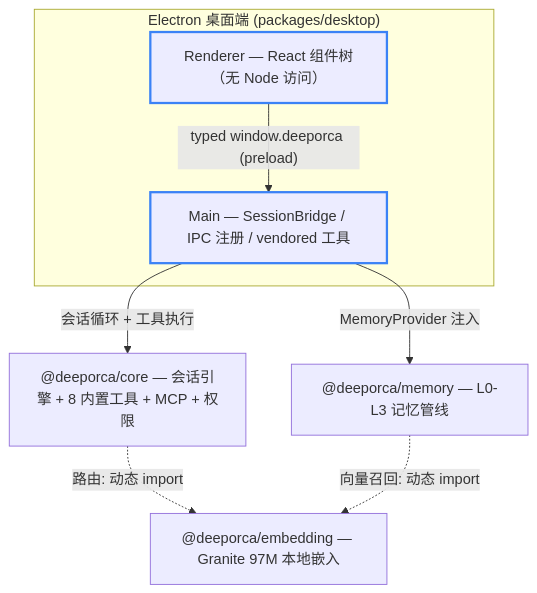
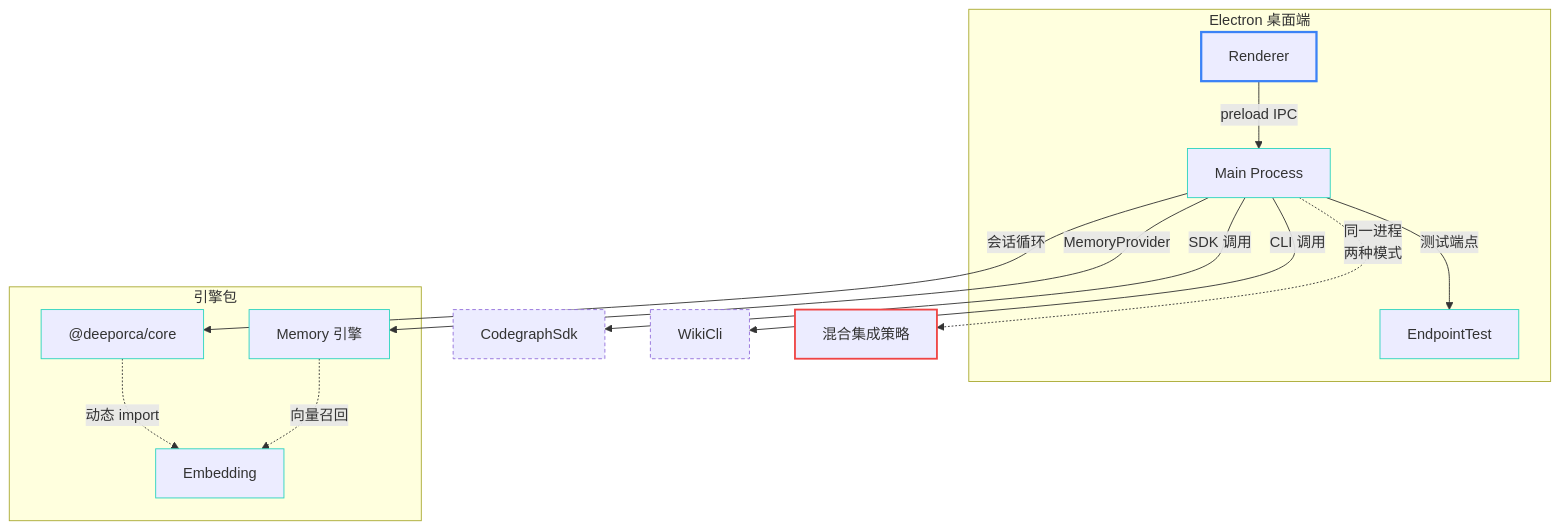
The first of 3 diagrams in .deeporca/prototypes/arch-deeporca.md (d2rabbit/deepOrca), drawn with Mermaid before and after one commit. The commit also changed other lines of this file and 139 other files, not shown here.

First line of the commit message:
feat(desktop,core): 架构图 Archify 化 + 知识索引可靠性与辅助模型继承修复

````diff
--- a/.deeporca/prototypes/arch-deeporca.md
+++ b/.deeporca/prototypes/arch-deeporca.md
@@ -9,19 +11,39 @@
 ```mermaid
 flowchart TD
-  subgraph Desktop["Electron 桌面端 (packages/desktop)"]
-    R["Renderer — React 组件树（无 Node 访问）"]
-    M["Main — SessionBridge / IPC 注册 / vendored 工具"]
+  subgraph Desktop["Electron 桌面端"]
+    R["Renderer"]
+    M["Main Process"]
+    ET["EndpointTest"]
   end
-  CORE["@deeporca/core — 会话引擎 + 8 内置工具 + MCP + 权限"]
-  MEM["@deeporca/memory — L0-L3 记忆管线"]
-  EMB["@deeporca/embedding — Granite 97M 本地嵌入"]
+  subgraph EnginePackages["引擎包"]
+    CORE["@deeporca/core"]
+    MEM["Memory 引擎"]
+    EMB["Embedding"]
+  end
+  CG["CodegraphSdk"]
+  WC["WikiCli"]
+  CONCERN["混合集成策略"]
 
-  R -->|"typed window.deeporca (preload)"| M
-  M -->|"会话循环 + 工具执行"| CORE
-  M -->|"MemoryProvider 注入"| MEM
-  CORE -.->|"路由: 动态 import"| EMB
-  MEM -.->|"向量召回: 动态 import"| EMB
+  R -->|"preload IPC"| M
+  M -->|"会话循环"| CORE
+  M -->|"MemoryProvider"| MEM
+  M -->|"测试端点"| ET
+  M -->|"SDK 调用"| CG
+  M -->|"CLI 调用"| WC
+  CORE -.->|"动态 import"| EMB
+  MEM -.->|"向量召回"| EMB
+  M -.->|"同一进程<br/>两种模式"| CONCERN
 
   classDef entry stroke:#3b82f6,stroke-width:2.5px
-  class R,M entry
+  classDef frontend stroke:#22d3ee
+  classDef backend stroke:#2dd4bf
+  classDef store stroke:#a78bfa
+  classDef bus stroke:#fbbf24
+  classDef cloud stroke:#818cf8
+  classDef external stroke-dasharray: 4 3
+  classDef concern stroke:#ef4444,stroke-width:2px
+  class R entry
+  class M,CORE,MEM,ET,EMB backend
+  class CG,WC external
+  class CONCERN concern
 ```
````
